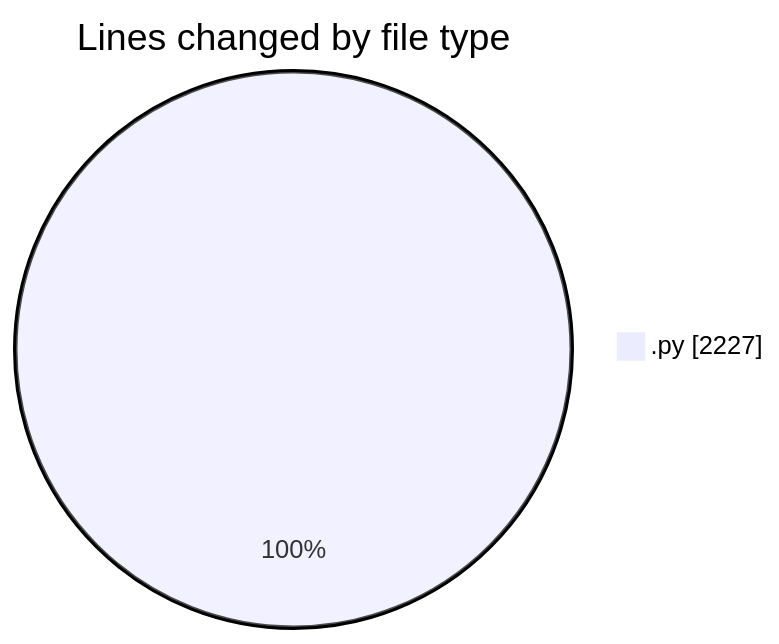
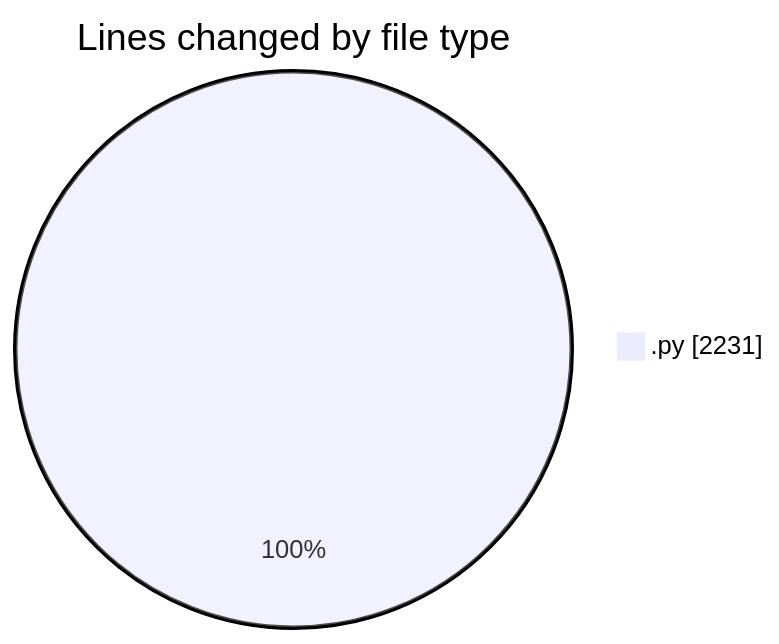
Before and after one commit to MatusMokan/code-tracking: the first of 2 diagrams in 2025-04-19/myws__workspace_/README.md, drawn with Mermaid. The commit also changed other lines of this file and 1 other file, not shown here.

````diff
--- a/2025-04-19/myws__workspace_/README.md
+++ b/2025-04-19/myws__workspace_/README.md
@@ -24,5 +24,5 @@
 ```mermaid
 pie showData
 title Lines changed by file type
-".py" : 2227
+".py" : 2231
 ```
````
